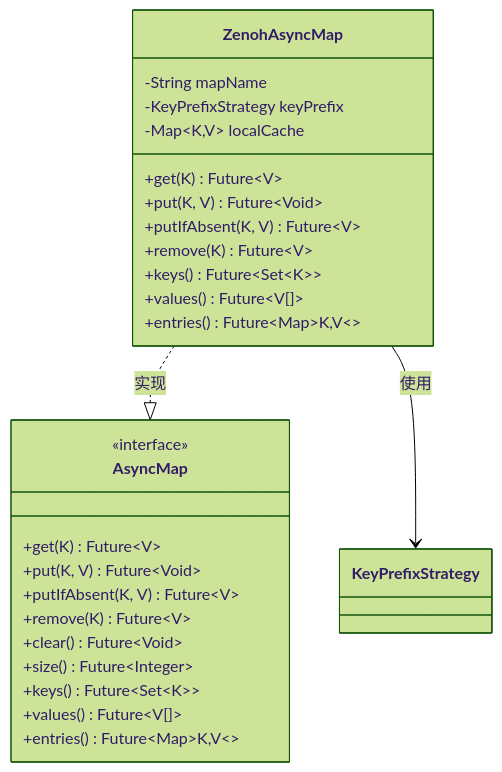
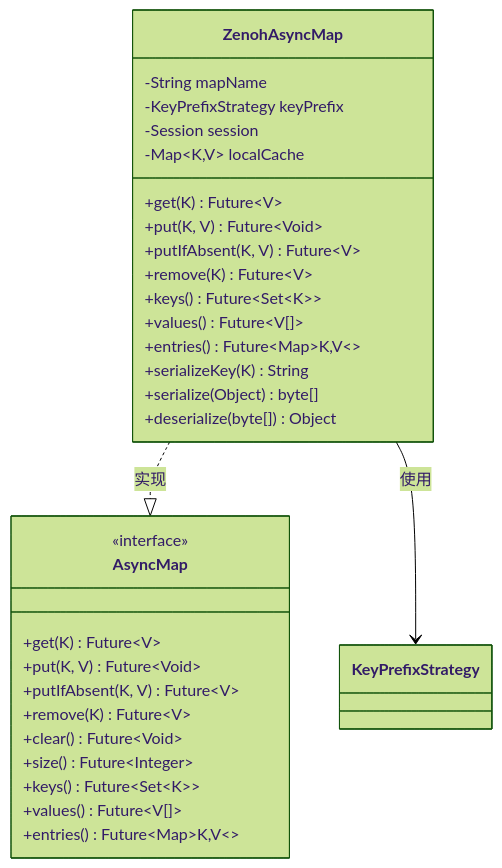
The eighth of 19 diagrams in .qoder/repowiki/zh/content/分布式功能实现.md (ossworker/vertx-starter), drawn with Mermaid (forest theme) before and after one commit. The commit also changed other lines of this file and 7 other files, not shown here.

````diff
--- a/.qoder/repowiki/zh/content/分布式功能实现.md
+++ b/.qoder/repowiki/zh/content/分布式功能实现.md
@@ -276,29 +322,33 @@
 ```mermaid
 classDiagram
 class ZenohAsyncMap {
 -String mapName
 -KeyPrefixStrategy keyPrefix
+-Session session
 -Map~K,V~ localCache
 +get(K) Future~V~
 +put(K, V) Future~Void~
 +putIfAbsent(K, V) Future~V~
 +remove(K) Future~V~
 +keys() Future~Set~K~~
 +values() Future~V[]~
 +entries() Future~Map~K,V~~
++serializeKey(K) String
++serialize(Object) byte[]
++deserialize(byte[]) Object
 }
 class AsyncMap {
 <<interface>>
 +get(K) Future~V~
 +put(K, V) Future~Void~
 +putIfAbsent(K, V) Future~V~
 +remove(K) Future~V~
 +clear() Future~Void~
 +size() Future~Integer~
 +keys() Future~Set~K~~
 +values() Future~V[]~
 +entries() Future~Map~K,V~~
 }
 ZenohAsyncMap ..|> AsyncMap : 实现
 ZenohAsyncMap --> KeyPrefixStrategy : 使用
 ```
````
